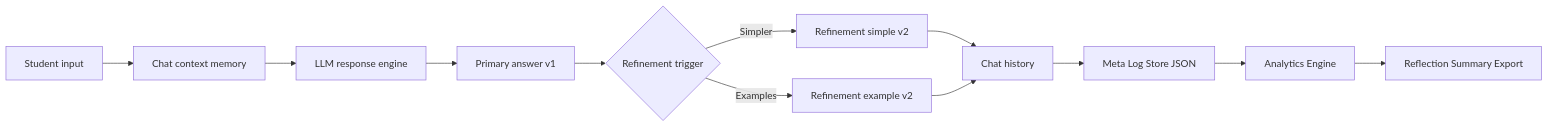
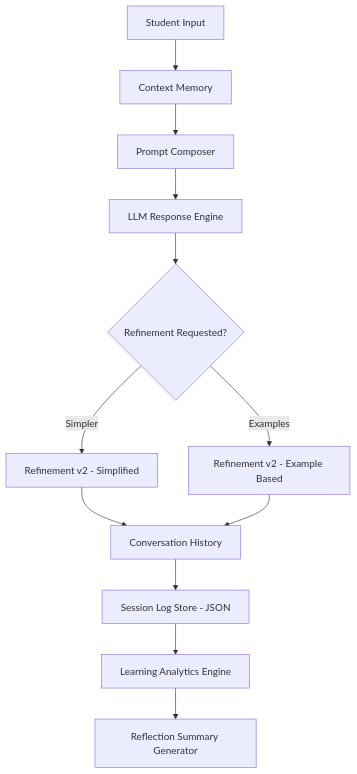
Before and after one commit to Sushantadhav/ai-learning-gap-assistant: the second of 2 diagrams in README.md, drawn with Mermaid. The commit also changed other lines of this file, not shown here.

````diff
--- a/README.md
+++ b/README.md
@@ -175,18 +175,25 @@
 ```mermaid
-flowchart LR
+flowchart TB
 
-A[Student input] --> B[Chat context memory]
-B --> C[LLM response engine]
-C --> D[Primary answer v1]
+A[Student Input]
+    --> B[Context Memory]
 
-D --> E{Refinement trigger}
-E -->|Simpler| F[Refinement simple v2]
-E -->|Examples| G[Refinement example v2]
+B --> C[Prompt Composer]
 
-F --> H[Chat history]
+C --> D[LLM Response Engine]
+
+D --> E{Refinement Requested?}
+
+E -->|Simpler| F[Refinement v2 - Simplified]
+E -->|Examples| G[Refinement v2 - Example Based]
+
+F --> H[Conversation History]
 G --> H
 
-H --> I["Meta Log Store JSON"]
-I --> J["Analytics Engine"]
-J --> K["Reflection Summary Export"]
+H --> I["Session Log Store - JSON"]
+
+I --> J["Learning Analytics Engine"]
+
+J --> K["Reflection Summary Generator"]
+
 ```
````
